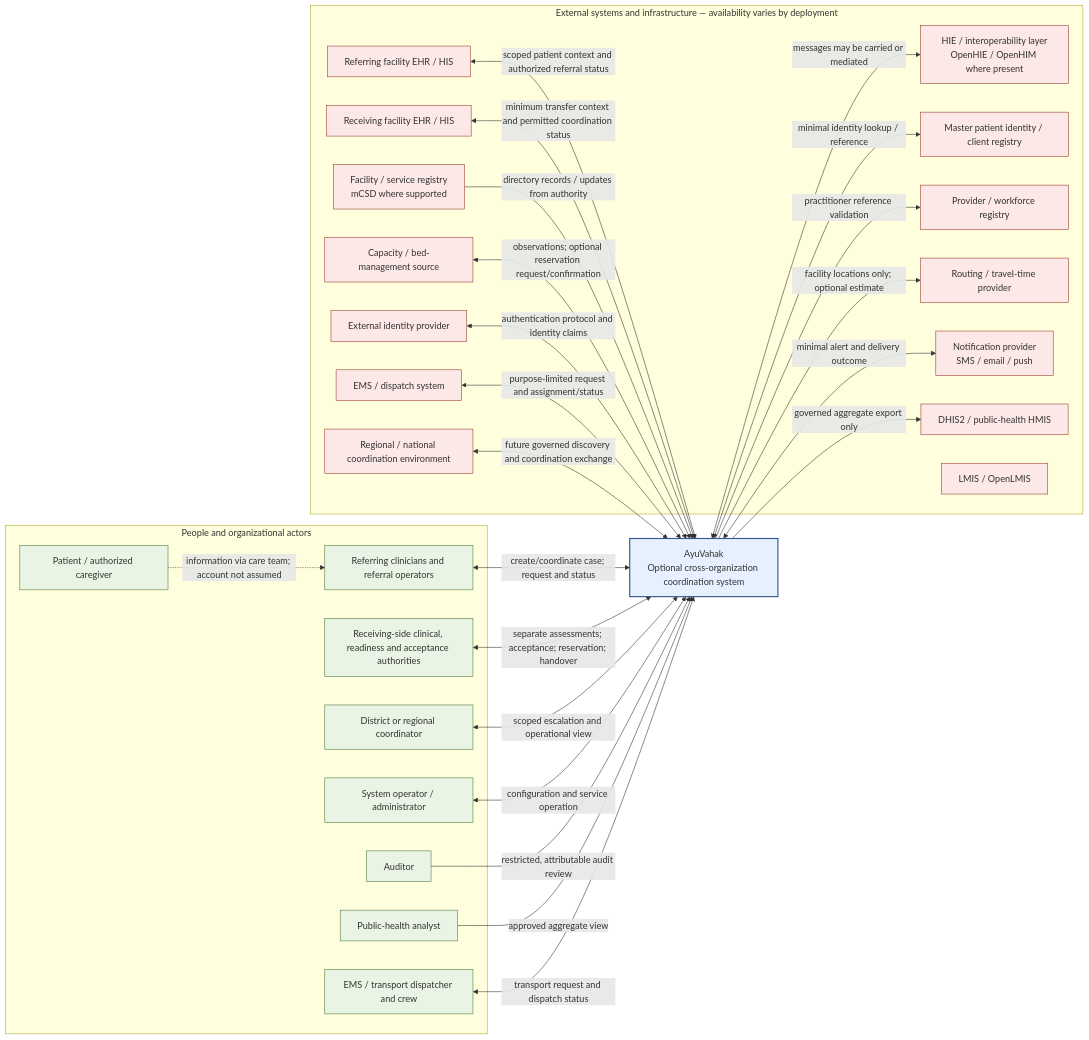
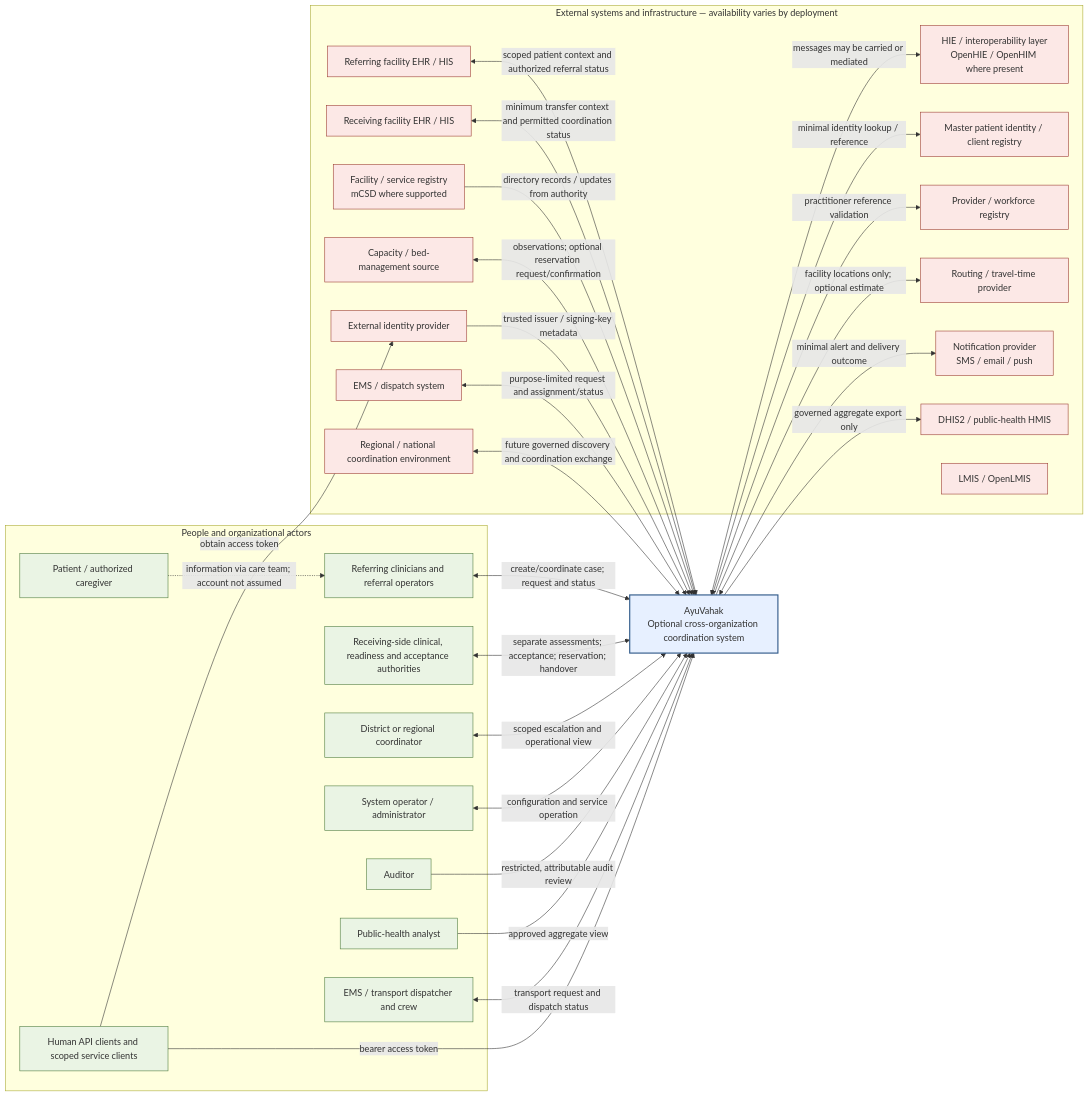
Before and after one commit to Sumedh08/AyuVahak: the diagram in docs/architecture/system-context.md, drawn with Mermaid. The commit also changed other lines of this file and 20 other files, not shown here.

````diff
--- a/docs/architecture/system-context.md
+++ b/docs/architecture/system-context.md
@@ -9,62 +9,65 @@
 ```mermaid
 flowchart LR
   subgraph People["People and organizational actors"]
     Referrer["Referring clinicians and referral operators"]
     Receiving["Receiving-side clinical, readiness and acceptance authorities"]
     Patient["Patient / authorized caregiver"]
     District["District or regional coordinator"]
     Operator["System operator / administrator"]
     Auditor["Auditor"]
     Analyst["Public-health analyst"]
     Dispatcher["EMS / transport dispatcher and crew"]
+    Clients["Human API clients and scoped service clients"]
   end
 
   AV["AyuVahak\nOptional cross-organization coordination system"]
 
   subgraph External["External systems and infrastructure — availability varies by deployment"]
     RefEHR["Referring facility EHR / HIS"]
     RecEHR["Receiving facility EHR / HIS"]
     HIE["HIE / interoperability layer\nOpenHIE / OpenHIM where present"]
     MPI["Master patient identity / client registry"]
     Provider["Provider / workforce registry"]
     Facility["Facility / service registry\nmCSD where supported"]
     Capacity["Capacity / bed-management source"]
     IdP["External identity provider"]
     EMS["EMS / dispatch system"]
     Route["Routing / travel-time provider"]
     Notify["Notification provider\nSMS / email / push"]
     DHIS2["DHIS2 / public-health HMIS"]
     LMIS["LMIS / OpenLMIS"]
     Federation["Regional / national coordination environment"]
   end
 
   Referrer <-->|"create/coordinate case; request and status"| AV
   Receiving <-->|"separate assessments; acceptance; reservation; handover"| AV
   Patient -.->|"information via care team; account not assumed"| Referrer
   District <-->|"scoped escalation and operational view"| AV
   Operator <-->|"configuration and service operation"| AV
   Auditor -->|"restricted, attributable audit review"| AV
   Analyst -->|"approved aggregate view"| AV
   Dispatcher <-->|"transport request and dispatch status"| AV
 
   RefEHR <-->|"scoped patient context and authorized referral status"| AV
   RecEHR <-->|"minimum transfer context and permitted coordination status"| AV
   AV <-->|"messages may be carried or mediated"| HIE
   AV <-->|"minimal identity lookup / reference"| MPI
   AV -->|"practitioner reference validation"| Provider
   Facility -->|"directory records / updates from authority"| AV
   Capacity <-->|"observations; optional reservation request/confirmation"| AV
-  IdP <-->|"authentication protocol and identity claims"| AV
+  Clients -->|"obtain access token"| IdP
+  Clients -->|"bearer access token"| AV
+  IdP -->|"trusted issuer / signing-key metadata"| AV
   EMS <-->|"purpose-limited request and assignment/status"| AV
   AV -->|"facility locations only; optional estimate"| Route
   AV <-->|"minimal alert and delivery outcome"| Notify
   AV -->|"governed aggregate export only"| DHIS2
   Federation <-->|"future governed discovery and coordination exchange"| AV
 
   classDef product fill:#e7f0ff,stroke:#315a8a,stroke-width:2px
   classDef people fill:#eaf4e4,stroke:#4e7b3d
   classDef systems fill:#fce8e6,stroke:#9b3c32
   class AV product
-  class Referrer,Receiving,Patient,District,Operator,Auditor,Analyst,Dispatcher people
+  class Referrer,Receiving,Patient,District,Operator,Auditor,Analyst,Dispatcher,Clients people
   class RefEHR,RecEHR,HIE,MPI,Provider,Facility,Capacity,IdP,EMS,Route,Notify,DHIS2,LMIS,Federation systems
 ```
````
